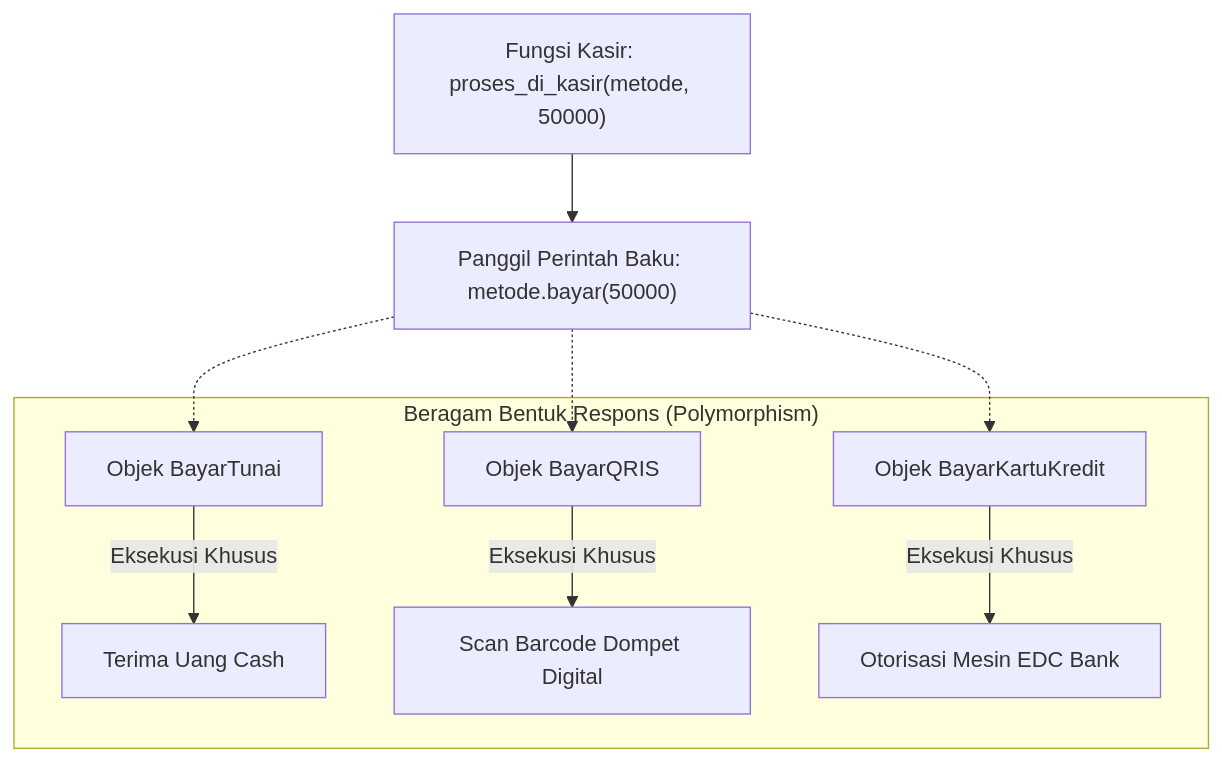
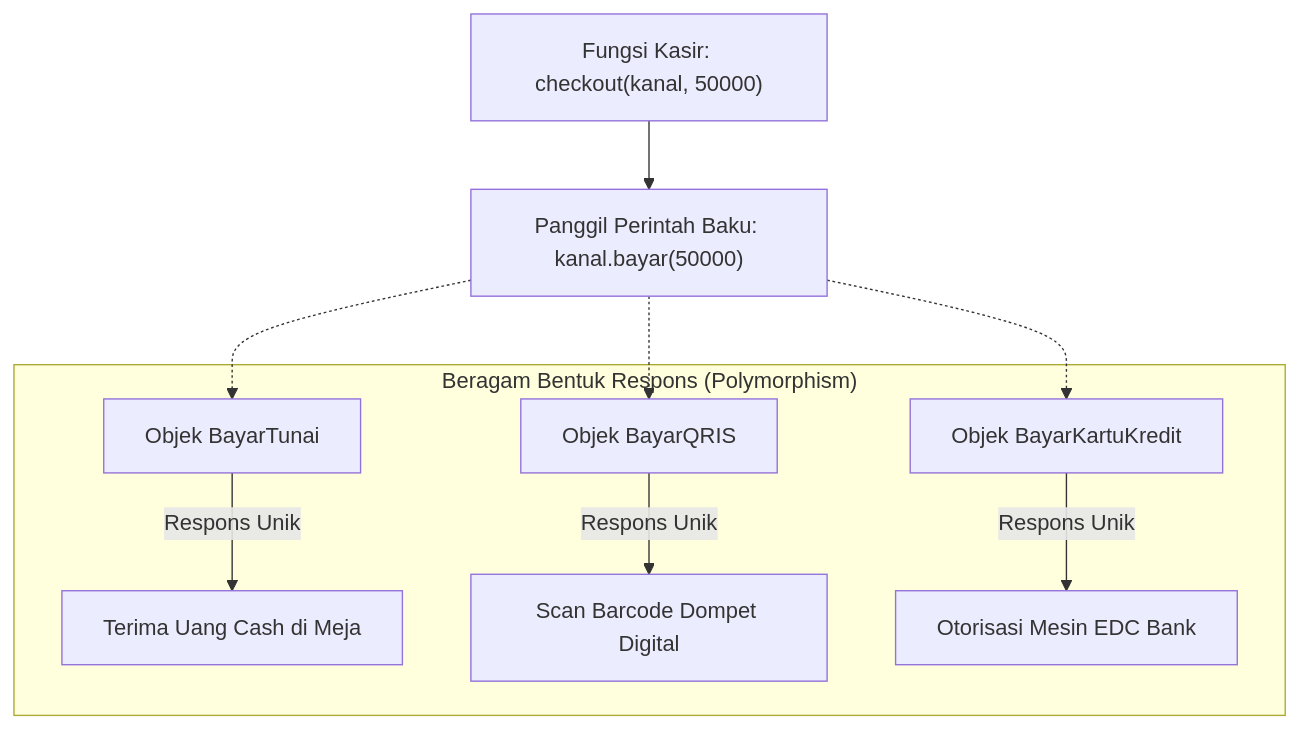
The diagram in 02_core_level/modul_05_polymorphism/MATERI.md (antonprafanto/Phyton-OOP), drawn with Mermaid before and after one commit. The commit also changed other lines of this file and 1 other file, not shown here.

````diff
--- a/02_core_level/modul_05_polymorphism/MATERI.md
+++ b/02_core_level/modul_05_polymorphism/MATERI.md
@@ -197,17 +189,16 @@
 ```mermaid
 flowchart TD
-    Kasir["Fungsi Kasir: proses_di_kasir(metode, 50000)"]
-    
-    Perintah["Panggil Perintah Baku: metode.bayar(50000)"]
+    Kasir["Fungsi Kasir: checkout(kanal, 50000)"]
+    Perintah["Panggil Perintah Baku: kanal.bayar(50000)"]
     Kasir --> Perintah
 
     subgraph BeragamBentuk ["Beragam Bentuk Respons (Polymorphism)"]
-        T["Objek BayarTunai"] -->|Eksekusi Khusus| RT["Terima Uang Cash"]
-        Q["Objek BayarQRIS"] -->|Eksekusi Khusus| RQ["Scan Barcode Dompet Digital"]
-        K["Objek BayarKartuKredit"] -->|Eksekusi Khusus| RK["Otorisasi Mesin EDC Bank"]
+        T["Objek BayarTunai"] -->|Respons Unik| RT["Terima Uang Cash di Meja"]
+        Q["Objek BayarQRIS"] -->|Respons Unik| RQ["Scan Barcode Dompet Digital"]
+        K["Objek BayarKartuKredit"] -->|Respons Unik| RK["Otorisasi Mesin EDC Bank"]
     end
 
     Perintah -.-> T
     Perintah -.-> Q
     Perintah -.-> K
 ```
````
